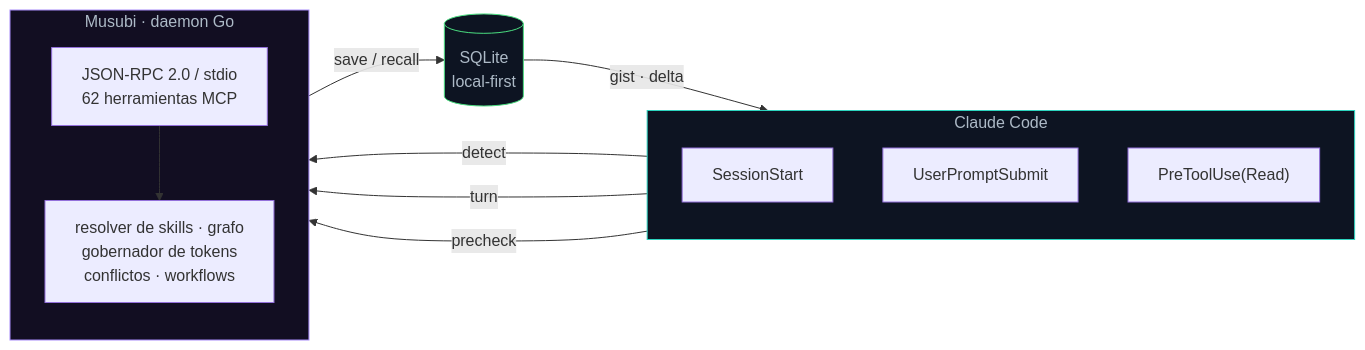
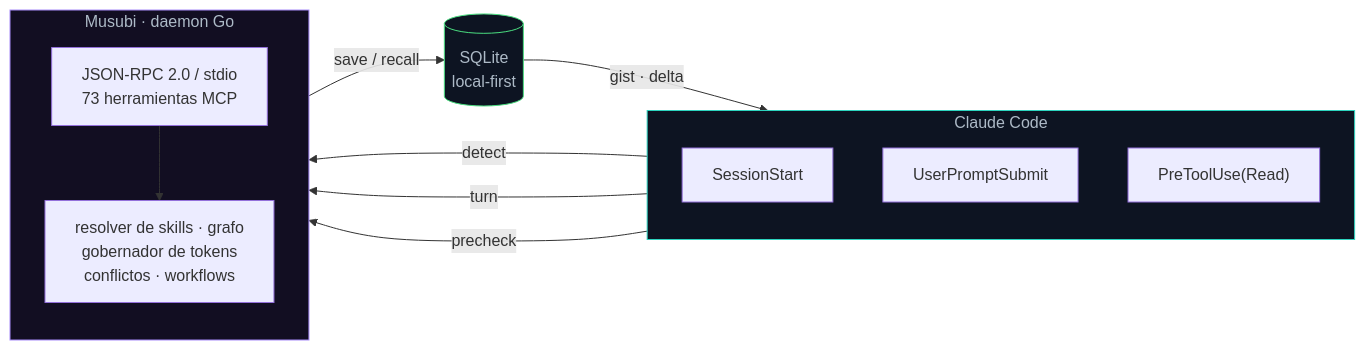
One commit to codeabraham16/musubi changed the first of 3 diagrams in README.md. Above: the diagram before and after it, drawn with Mermaid. The commit also changed other lines of this file and 129 other files, not shown here.

````diff
--- a/README.md
+++ b/README.md
@@ -68,27 +68,27 @@
 ```mermaid
 flowchart LR
     subgraph CC["Claude Code"]
         direction TB
         H1["SessionStart"]
         H2["UserPromptSubmit"]
         H3["PreToolUse(Read)"]
     end
     subgraph M["Musubi · daemon Go"]
         direction TB
-        RPC["JSON-RPC 2.0 / stdio<br/>62 herramientas MCP"]
+        RPC["JSON-RPC 2.0 / stdio<br/>73 herramientas MCP"]
         COG["resolver de skills · grafo<br/>gobernador de tokens<br/>conflictos · workflows"]
     end
     DB[("SQLite<br/>local-first")]
 
     H1 -- "detect" --> RPC
     H2 -- "turn" --> RPC
     H3 -- "precheck" --> RPC
     RPC --> COG
     COG -- "save / recall" --> DB
     DB -- "gist · delta" --> CC
 
     classDef cc fill:#0d1422,stroke:#2dd4bf,color:#adbac7;
     classDef mm fill:#120e22,stroke:#a78bfa,color:#adbac7;
     classDef db fill:#0d1422,stroke:#4ade80,color:#adbac7;
     class CC cc; class M mm; class DB db;
 ```
````
